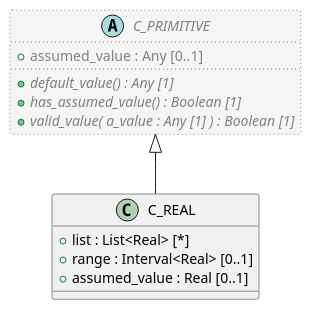
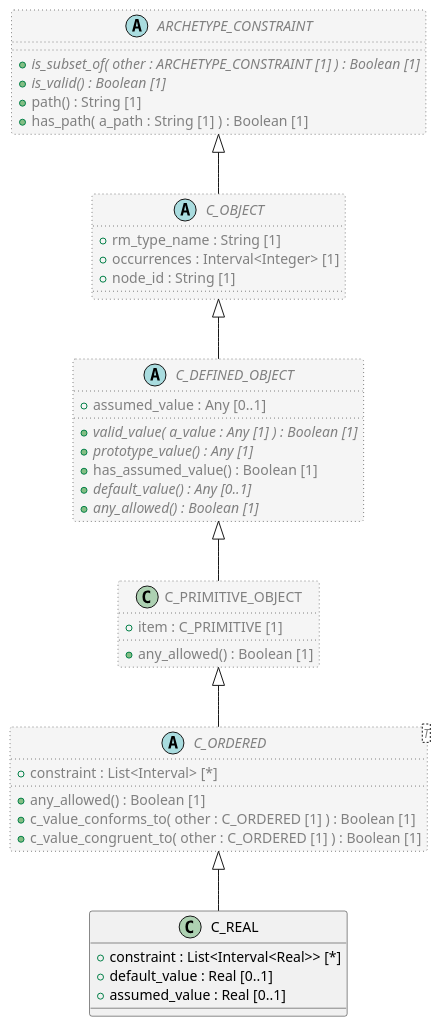
Before and after one commit to sebastian-iancu/code-generator: the diagram in code/Adoc/openehr_am_2.4.0/plantUML/classes/org.openehr.am.aom2.c_real.adoc, drawn with PlantUML. The commit also changed 1228 other files, not shown here.

```diff
--- a/code/Adoc/openehr_am_2.4.0/plantUML/classes/org.openehr.am.aom2.c_real.adoc
+++ b/code/Adoc/openehr_am_2.4.0/plantUML/classes/org.openehr.am.aom2.c_real.adoc
@@ -1,22 +1,57 @@
 [plantuml,C_REAL,format=svg,svg-type="inline"]
 -----
 @startuml
 
 class C_REAL {
-  + list : List<Real> [*]
-  + range : Interval<Real> [0..1]
+  + constraint : List<Interval<Real>> [*]
+  + default_value : Real [0..1]
   + assumed_value : Real [0..1]
 }
 
-abstract class C_PRIMITIVE  #whitesmoke;line:gray;line.dotted;text:gray {
-  + assumed_value : Any [0..1]
-  + {abstract} default_value() : Any [1]
-  + {abstract} has_assumed_value() : Boolean [1]
-  + {abstract} valid_value( a_value : Any [1] ) : Boolean [1]
+abstract class C_ORDERED <T>  #whitesmoke;line:gray;line.dotted;text:gray {
+  + constraint : List<Interval> [*]
+  + any_allowed() : Boolean [1]
+  + c_value_conforms_to( other : C_ORDERED [1] ) : Boolean [1]
+  + c_value_congruent_to( other : C_ORDERED [1] ) : Boolean [1]
 }
 
-C_PRIMITIVE <|-- C_REAL
+class C_PRIMITIVE_OBJECT  #whitesmoke;line:gray;line.dotted;text:gray {
+  + item : C_PRIMITIVE [1]
+  + any_allowed() : Boolean [1]
+}
+
+abstract class C_DEFINED_OBJECT  #whitesmoke;line:gray;line.dotted;text:gray {
+  + assumed_value : Any [0..1]
+  + {abstract} valid_value( a_value : Any [1] ) : Boolean [1]
+  + {abstract} prototype_value() : Any [1]
+  + has_assumed_value() : Boolean [1]
+  + {abstract} default_value() : Any [0..1]
+  + {abstract} any_allowed() : Boolean [1]
+}
+
+abstract class C_OBJECT  #whitesmoke;line:gray;line.dotted;text:gray {
+  + rm_type_name : String [1]
+  + occurrences : Interval<Integer> [1]
+  + node_id : String [1]
+}
+
+abstract class ARCHETYPE_CONSTRAINT  #whitesmoke;line:gray;line.dotted;text:gray {
+  + {abstract} is_subset_of( other : ARCHETYPE_CONSTRAINT [1] ) : Boolean [1]
+  + {abstract} is_valid() : Boolean [1]
+  + path() : String [1]
+  + has_path( a_path : String [1] ) : Boolean [1]
+}
+
+ARCHETYPE_CONSTRAINT <|-- C_OBJECT
+
+C_OBJECT <|-- C_DEFINED_OBJECT
+
+C_DEFINED_OBJECT <|-- C_PRIMITIVE_OBJECT
+
+C_PRIMITIVE_OBJECT <|-- C_ORDERED
+
+C_ORDERED <|-- C_REAL
 
 
 @enduml
 -----
```
